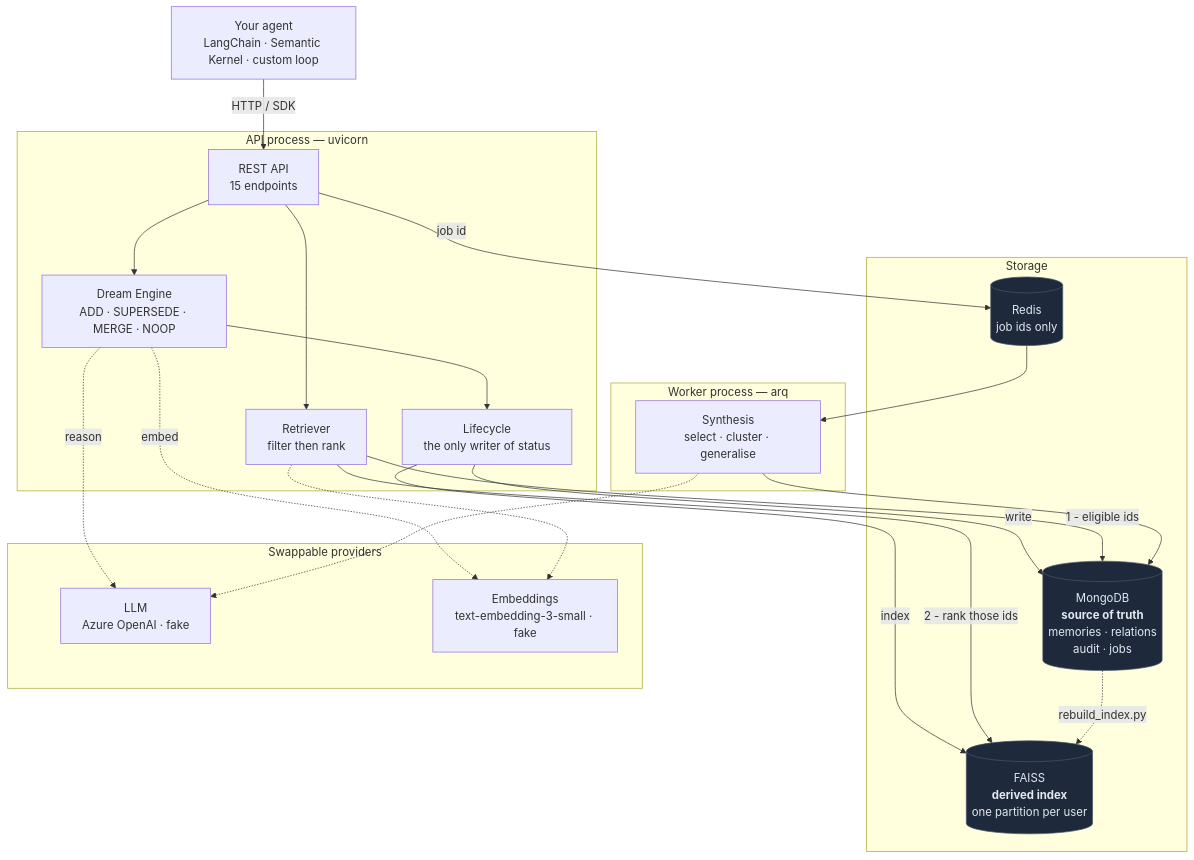
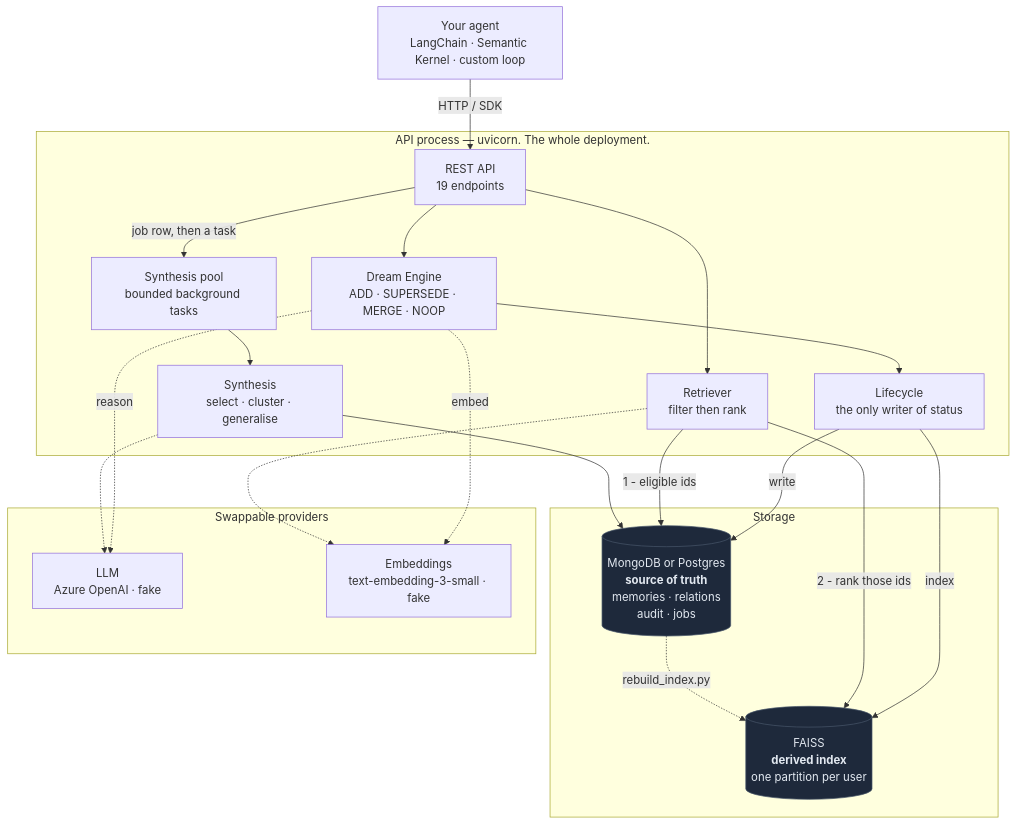
Before and after one commit to Mamlesh18/MemDream: the first of 5 diagrams in docs/diagrams.md, drawn with Mermaid. The commit also changed other lines of this file and 31 other files, not shown here.

````diff
--- a/docs/diagrams.md
+++ b/docs/diagrams.md
@@ -12,50 +12,47 @@
 ```mermaid
 flowchart TB
     Agent["Your agent<br/>LangChain · Semantic Kernel · custom loop"]
 
-    subgraph api["API process — uvicorn"]
-        Routes["REST API<br/>15 endpoints"]
+    subgraph api["API process — uvicorn. The whole deployment."]
+        Routes["REST API<br/>19 endpoints"]
         Engine["Dream Engine<br/>ADD · SUPERSEDE · MERGE · NOOP"]
         Retriever["Retriever<br/>filter then rank"]
         Lifecycle["Lifecycle<br/>the only writer of status"]
-    end
-
-    subgraph worker["Worker process — arq"]
+        Pool["Synthesis pool<br/>bounded background tasks"]
         Synth["Synthesis<br/>select · cluster · generalise"]
     end
 
     subgraph stores["Storage"]
-        Mongo[("MongoDB<br/><b>source of truth</b><br/>memories · relations<br/>audit · jobs")]
+        Mongo[("MongoDB or Postgres<br/><b>source of truth</b><br/>memories · relations<br/>audit · jobs")]
         Faiss[("FAISS<br/><b>derived index</b><br/>one partition per user")]
-        Redis[("Redis<br/>job ids only")]
     end
 
     subgraph providers["Swappable providers"]
         LLM["LLM<br/>Azure OpenAI · fake"]
         Embed["Embeddings<br/>text-embedding-3-small · fake"]
     end
 
     Agent -->|"HTTP / SDK"| Routes
     Routes --> Engine
     Routes --> Retriever
     Engine --> Lifecycle
     Engine -.->|"reason"| LLM
     Engine -.->|"embed"| Embed
     Retriever -.-> Embed
 
     Lifecycle -->|"write"| Mongo
     Lifecycle -->|"index"| Faiss
     Retriever -->|"1 - eligible ids"| Mongo
     Retriever -->|"2 - rank those ids"| Faiss
 
-    Routes -->|"job id"| Redis
-    Redis --> Synth
+    Routes -->|"job row, then a task"| Pool
+    Pool --> Synth
     Synth --> Mongo
     Synth -.-> LLM
 
     Mongo -.->|"rebuild_index.py"| Faiss
 
     classDef store fill:#1e293b,stroke:#475569,color:#e2e8f0
     classDef proc fill:#1e3a5f,stroke:#3b82f6,color:#e2e8f0
-    class Mongo,Faiss,Redis store
+    class Mongo,Faiss store
 ```
````
